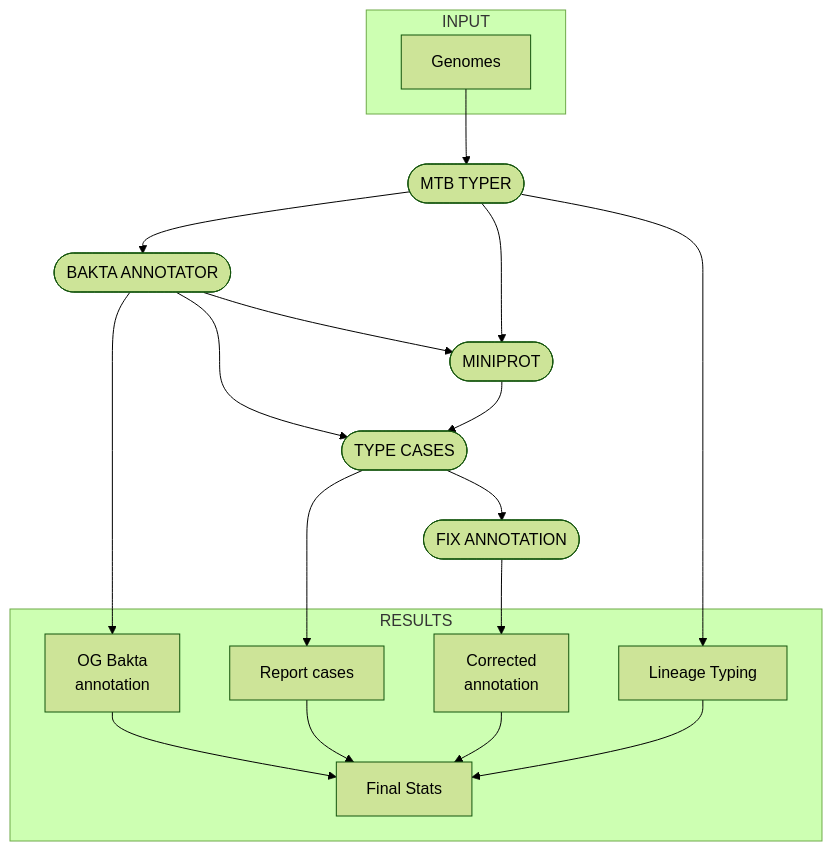
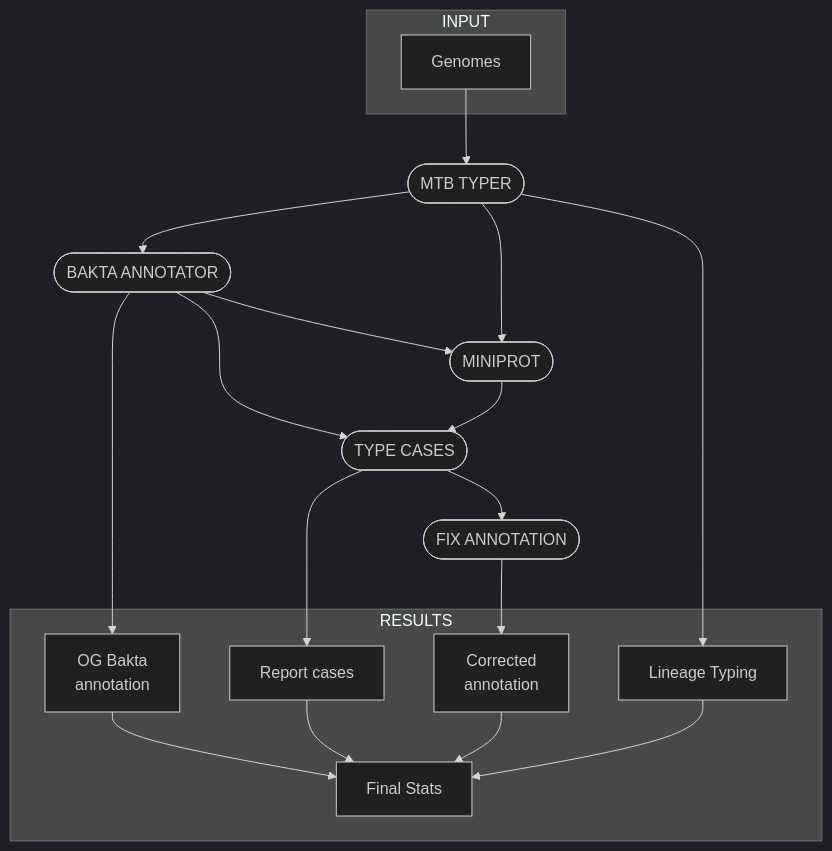
The diagram in README.md (PathoGenOmics-Lab/AMAP), drawn with Mermaid before and after one commit.

````diff
--- a/README.md
+++ b/README.md
@@ -71,36 +71,36 @@
 ```mermaid
-%%{init: { 'theme': 'forest' } }%%
+%%{init: { 'theme': 'dark' } }%%
 flowchart TB
     subgraph "INPUT"
     v0["Genomes"]
     end
     v3([MTB TYPER])
     v4([BAKTA ANNOTATOR])
     v6([MINIPROT])
     v8([TYPE CASES])
     v14([FIX ANNOTATION])
     subgraph "RESULTS"
     v12["OG Bakta 
     annotation"]
     v10["Report cases"]
     v13["Corrected 
     annotation"]
     v15["Lineage Typing"]
     v16["Final Stats"]
     end
     v3 --> v4
     v0 --> v3
     v4 --> v12
     v4 --> v6
     v3 --> v6
     v4 --> v8
     v6 --> v8
     v8 --> v10
     v8 --> v14
     v14 --> v13
     v3 --> v15
     v12 --> v16
     v10 --> v16
     v13 --> v16
     v15 --> v16
 ```
````
